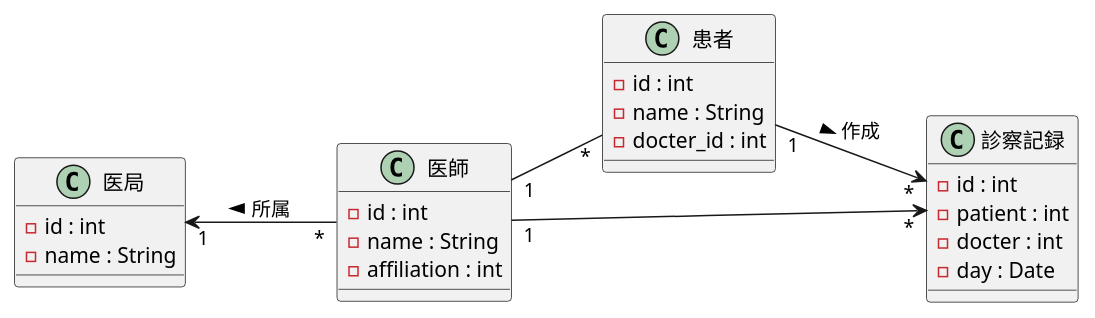
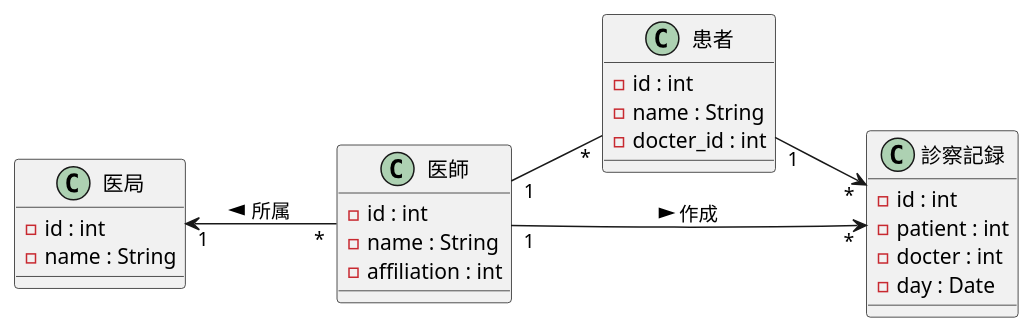
The diagram in 演習3-2_CL_医師と患者と医局と診療記録.pu (yoshidasen/uml-introduction), drawn with PlantUML before and after one commit.

Commit message:
演習3-2 修正

```diff
--- a/演習3-2_CL_医師と患者と医局と診療記録.pu
+++ b/演習3-2_CL_医師と患者と医局と診療記録.pu
@@ -1,32 +1,32 @@
 @startuml 診察記録
     left to right direction
     class 患者 {
         - id : int
         - name : String
         -docter_id : int
     }  
 
     class 医師 {
         - id : int
         - name : String
         - affiliation : int
     }
 
     class 診察記録 {
         - id : int
         - patient : int
         - docter : int
         - day : Date
     }
 
     class 医局 {
         - id : int
         - name : String
     }
 
     医師 "1" -- "*" 患者
-    医師 "1" --> "*" 診察記録
-    患者 "1" --> "*" 診察記録:作成 >
+    医師 "1" --> "*" 診察記録:作成 >
+    患者 "1" --> "*" 診察記録
     医局 "1" <-- "*" 医師:所属 <
 
 @enduml
```
